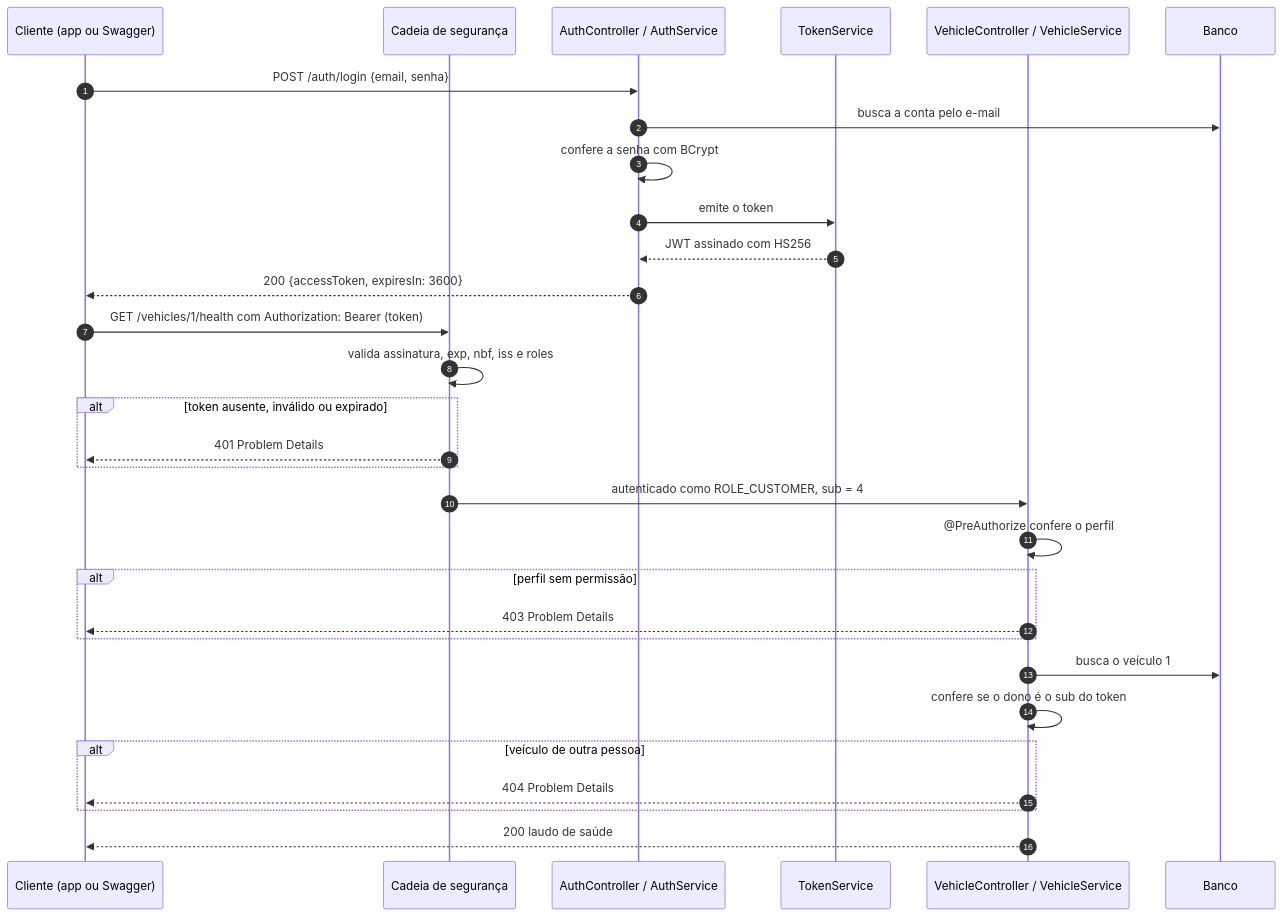
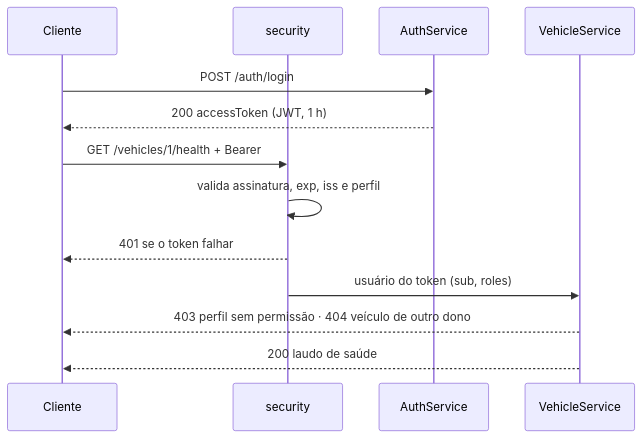
One commit to La-Elvis-Tech-2/src-ford-retain-back-end changed the second of 2 diagrams in README.md. Above: the diagram before and after it, drawn with Mermaid. The commit also changed other lines of this file and 2 other files, not shown here.

Commit message:
docs: trim the readme to the essentials and simplify the diagrams

````diff
--- a/README.md
+++ b/README.md
@@ -156,34 +75,15 @@
 ```mermaid
 sequenceDiagram
-    autonumber
-    participant C as Cliente (app ou Swagger)
-    participant F as Cadeia de segurança
-    participant A as AuthController / AuthService
-    participant T as TokenService
-    participant V as VehicleController / VehicleService
-    participant DB as Banco
-
-    C->>A: POST /auth/login {email, senha}
-    A->>DB: busca a conta pelo e-mail
-    A->>A: confere a senha com BCrypt
-    A->>T: emite o token
-    T-->>A: JWT assinado com HS256
-    A-->>C: 200 {accessToken, expiresIn: 3600}
-
-    C->>F: GET /vehicles/1/health com Authorization: Bearer (token)
-    F->>F: valida assinatura, exp, nbf, iss e roles
-    alt token ausente, inválido ou expirado
-        F-->>C: 401 Problem Details
-    end
-    F->>V: autenticado como ROLE_CUSTOMER, sub = 4
-    V->>V: @PreAuthorize confere o perfil
-    alt perfil sem permissão
-        V-->>C: 403 Problem Details
-    end
-    V->>DB: busca o veículo 1
-    V->>V: confere se o dono é o sub do token
-    alt veículo de outra pessoa
-        V-->>C: 404 Problem Details
-    end
+    participant C as Cliente
+    participant F as security
+    participant A as AuthService
+    participant V as VehicleService
+    C->>A: POST /auth/login
+    A-->>C: 200 accessToken (JWT, 1 h)
+    C->>F: GET /vehicles/1/health + Bearer
+    F->>F: valida assinatura, exp, iss e perfil
+    F-->>C: 401 se o token falhar
+    F->>V: usuário do token (sub, roles)
+    V-->>C: 403 perfil sem permissão · 404 veículo de outro dono
     V-->>C: 200 laudo de saúde
 ```
````
